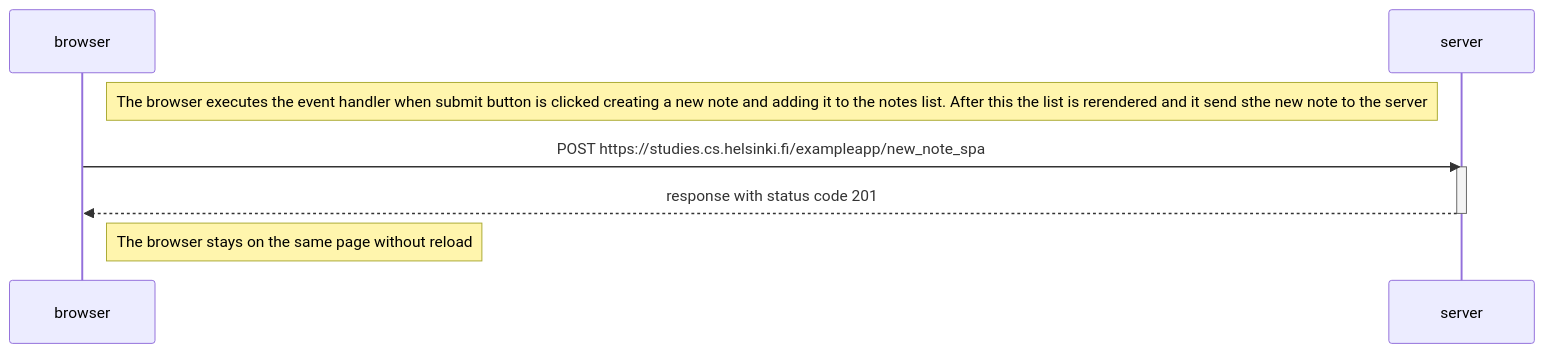
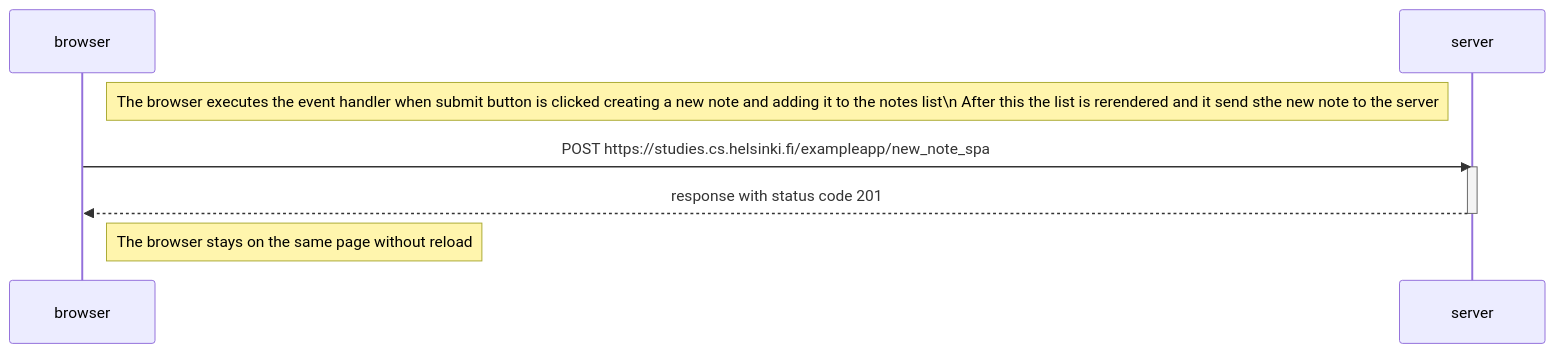
One commit to eliastakala/Fullstack-2023 changed the diagram in part0/spanewnote.md. Above: the diagram before and after it, drawn with Mermaid.

````diff
--- a/part0/spanewnote.md
+++ b/part0/spanewnote.md
@@ -1,14 +1,14 @@
 ```mermaid
 sequenceDiagram
     participant browser
     participant server
     
-    Note right of browser: The browser executes the event handler when submit button is clicked creating a new note and adding it to the notes list. After this the list is rerendered and it send sthe new note to the server
+    Note right of browser: The browser executes the event handler when submit button is clicked creating a new note and adding it to the notes list\n After this the list is rerendered and it send sthe new note to the server
 
     browser->>server: POST https://studies.cs.helsinki.fi/exampleapp/new_note_spa
     activate server
     server-->>browser: response with status code 201
     deactivate server
     
     Note right of browser: The browser stays on the same page without reload
 ```
````
